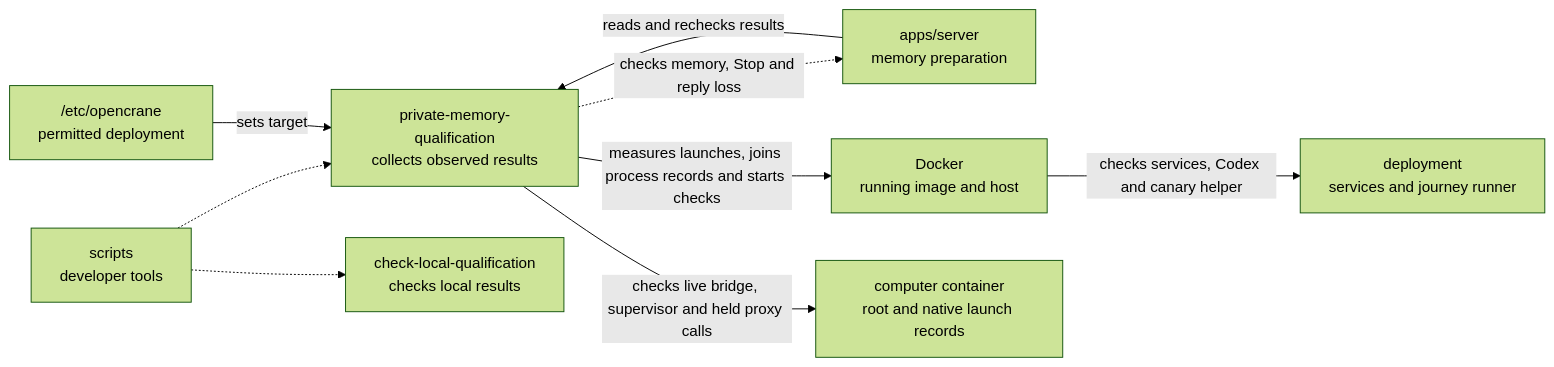
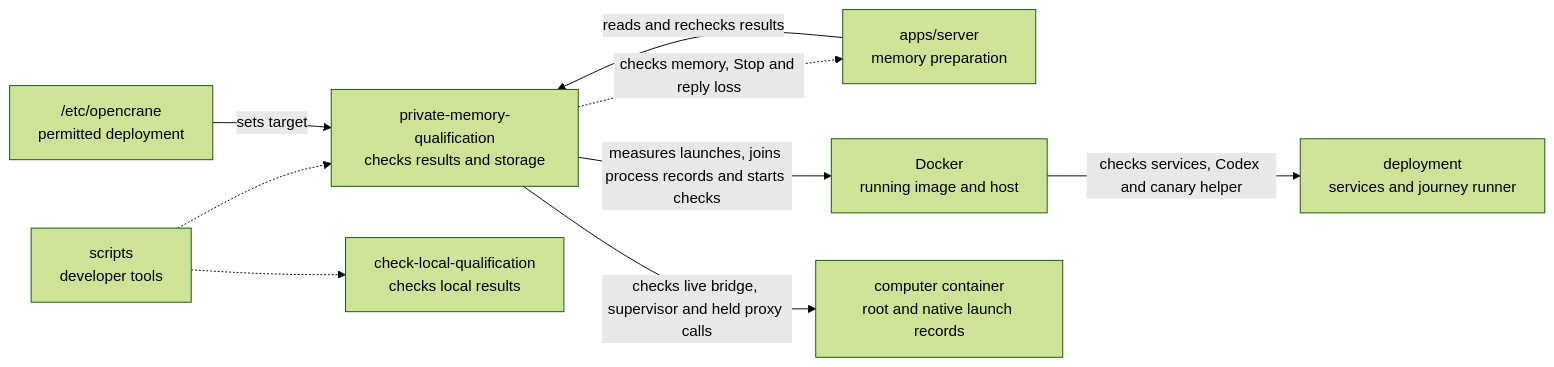
The diagram in scripts/private-memory-qualification/README.md (elewa-git/opencrane-new), drawn with Mermaid (forest theme) before and after one commit. The commit also changed other lines of this file and 3 other files, not shown here.

````diff
--- a/scripts/private-memory-qualification/README.md
+++ b/scripts/private-memory-qualification/README.md
@@ -19,11 +19,11 @@
 ```mermaid
 flowchart LR
-  scripts["scripts<br/>developer tools"] -.-> collector["private-memory-qualification<br/>collects observed results"]
+  scripts["scripts<br/>developer tools"] -.-> collector["private-memory-qualification<br/>checks results and storage"]
   scripts -.-> sibling["check-local-qualification<br/>checks local results"]
   server["apps/server<br/>memory preparation"] -->|reads and rechecks results| collector
   collector -.->|checks memory, Stop and reply loss| server
   config["/etc/opencrane<br/>permitted deployment"] -->|sets target| collector
   collector -->|measures launches, joins process records and starts checks| docker["Docker<br/>running image and host"]
   docker -->|checks services, Codex and canary helper| deployment["deployment<br/>services and journey runner"]
   collector -->|checks live bridge, supervisor and held proxy calls| computer["computer container<br/>root and native launch records"]
 ```
````
